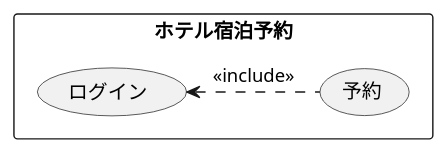
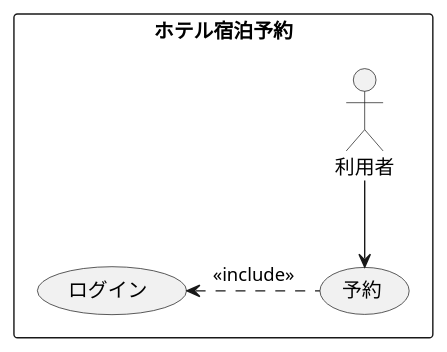
The diagram in 演習2-3_ホテル宿泊予約.pu (yutta444/uml-introduction), drawn with PlantUML before and after one commit.

Commit message:
課題

```diff
--- a/演習2-3_ホテル宿泊予約.pu
+++ b/演習2-3_ホテル宿泊予約.pu
@@ -1,7 +1,9 @@
 @startuml ユースケース図
 rectangle ホテル宿泊予約 {
+    actor 利用者
 usecase ログイン
 usecase 予約
 }
+利用者 --> 予約
 ログイン <. 予約 : << include >>
 @enduml
```
